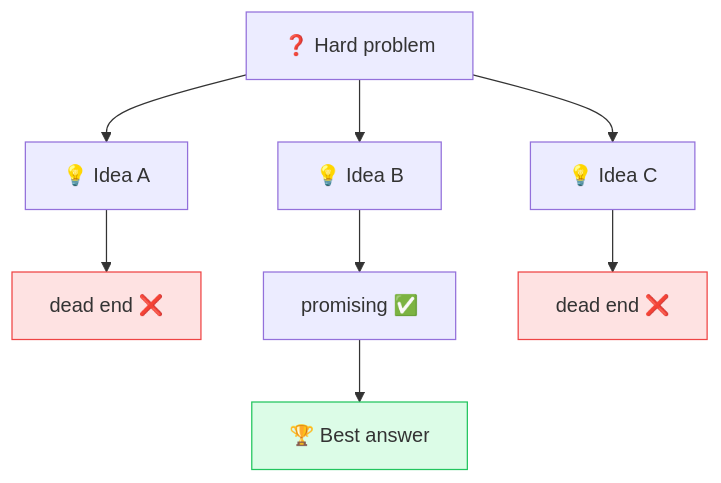
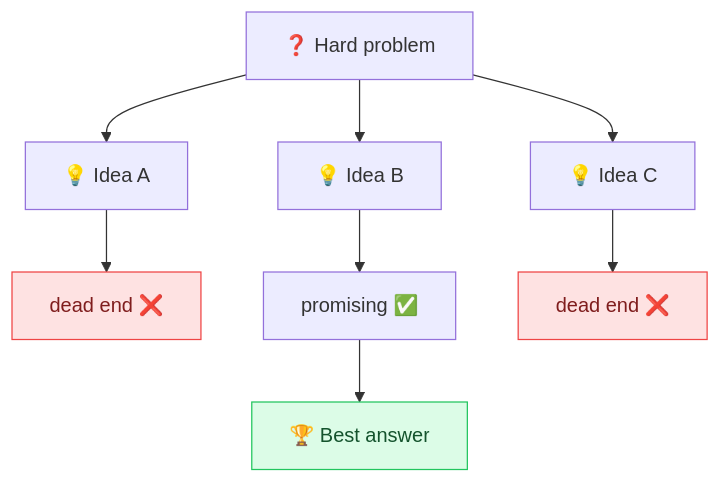
Before and after one commit to behnia137/prompt-engineering-visual: the diagram in techniques/tree-of-thoughts.md, drawn with Mermaid. The commit also changed 24 other files, not shown here.

First line of the commit message:
Fix Mermaid: escaped-quote parse errors + dark-mode text contrast

````diff
--- a/techniques/tree-of-thoughts.md
+++ b/techniques/tree-of-thoughts.md
@@ -7,14 +7,14 @@
 ```mermaid
 flowchart TB
     Q["❓ Hard problem"]
     Q --> A["💡 Idea A"]
     Q --> B["💡 Idea B"]
     Q --> C["💡 Idea C"]
     A --> A2["dead end ❌"]
     B --> B2["promising ✅"]
     C --> C2["dead end ❌"]
     B2 --> R["🏆 Best answer"]
-    style R fill:#dcfce7,stroke:#22c55e
-    style A2 fill:#fee2e2,stroke:#ef4444
-    style C2 fill:#fee2e2,stroke:#ef4444
+    style R fill:#dcfce7,stroke:#22c55e,color:#14532d
+    style A2 fill:#fee2e2,stroke:#ef4444,color:#7f1d1d
+    style C2 fill:#fee2e2,stroke:#ef4444,color:#7f1d1d
 ```
````
